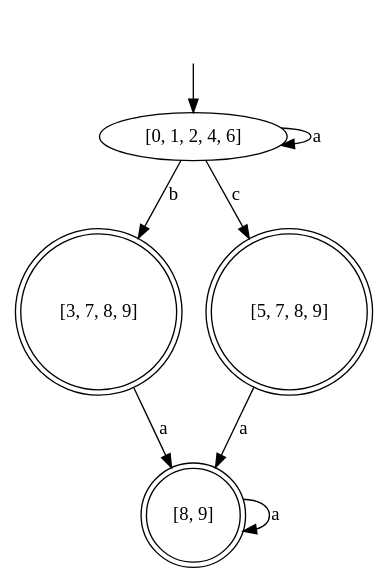
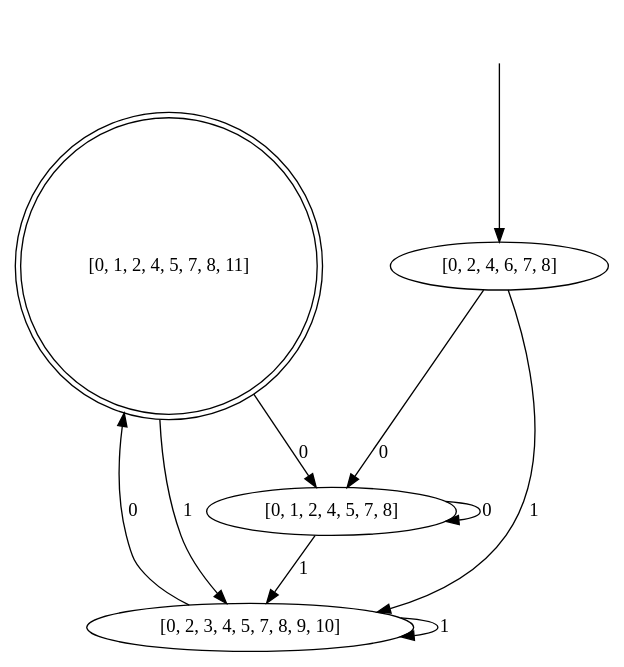
Before and after one commit to c-ostic/Grepy: the diagram in testFiles/dfa.dot, drawn with Graphviz. The commit also changed 4 other files, not shown here.

```diff
--- a/testFiles/dfa.dot
+++ b/testFiles/dfa.dot
@@ -1,18 +1,18 @@
 digraph dfa {
-	1 [shape=doublecircle];
-	2 [shape=doublecircle];
 	3 [shape=doublecircle];
 	start [label="",shape=none];
 	start -> 0;
 
-	0 [label="[0, 1, 2, 4, 6]"];
-	1 [label="[3, 7, 8, 9]"];
-	2 [label="[5, 7, 8, 9]"];
-	3 [label="[8, 9]"];
-	0 -> 0 [label=a];
-	0 -> 1 [label=b];
-	0 -> 2 [label=c];
-	1 -> 3 [label=a];
-	2 -> 3 [label=a];
-	3 -> 3 [label=a];
+	0 [label="[0, 2, 4, 6, 7, 8]"];
+	1 [label="[0, 1, 2, 4, 5, 7, 8]"];
+	2 [label="[0, 2, 3, 4, 5, 7, 8, 9, 10]"];
+	3 [label="[0, 1, 2, 4, 5, 7, 8, 11]"];
+	0 -> 1 [label=0];
+	0 -> 2 [label=1];
+	1 -> 1 [label=0];
+	2 -> 3 [label=0];
+	3 -> 1 [label=0];
+	1 -> 2 [label=1];
+	2 -> 2 [label=1];
+	3 -> 2 [label=1];
 }
```
